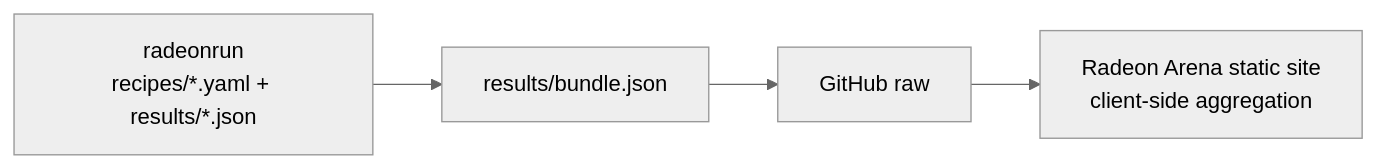
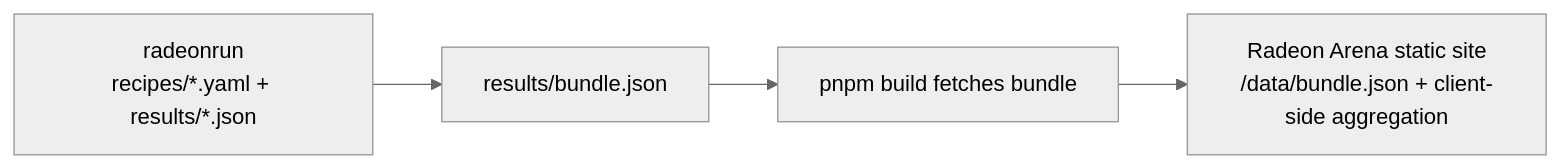
The diagram in README.md (radeon-arena/radeon-arena), drawn with Mermaid (neutral theme) before and after one commit. The commit also changed other lines of this file, not shown here.

````diff
--- a/README.md
+++ b/README.md
@@ -9,6 +9,6 @@
 ```mermaid
 flowchart LR
   RR["radeonrun\nrecipes/*.yaml + results/*.json"] --> B["results/bundle.json"]
-  B --> RAW["GitHub raw"]
-  RAW --> UI["Radeon Arena static site\nclient-side aggregation"]
+  B --> BUILD["pnpm build fetches bundle"]
+  BUILD --> UI["Radeon Arena static site\n/data/bundle.json + client-side aggregation"]
 ```
````
